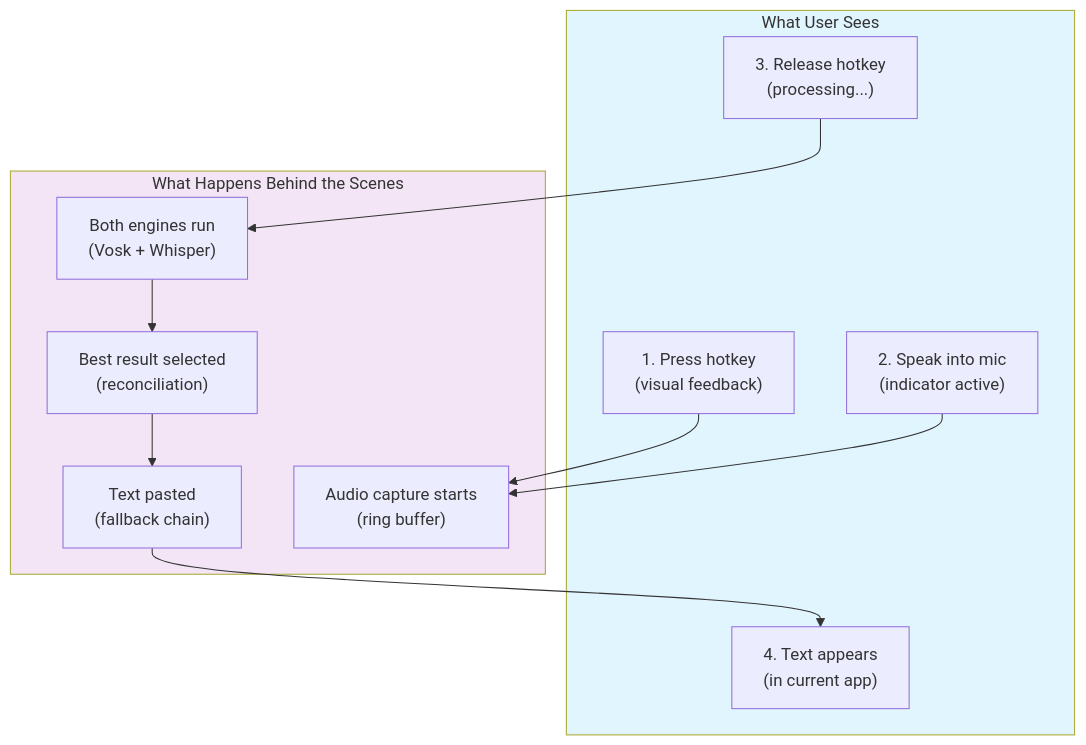
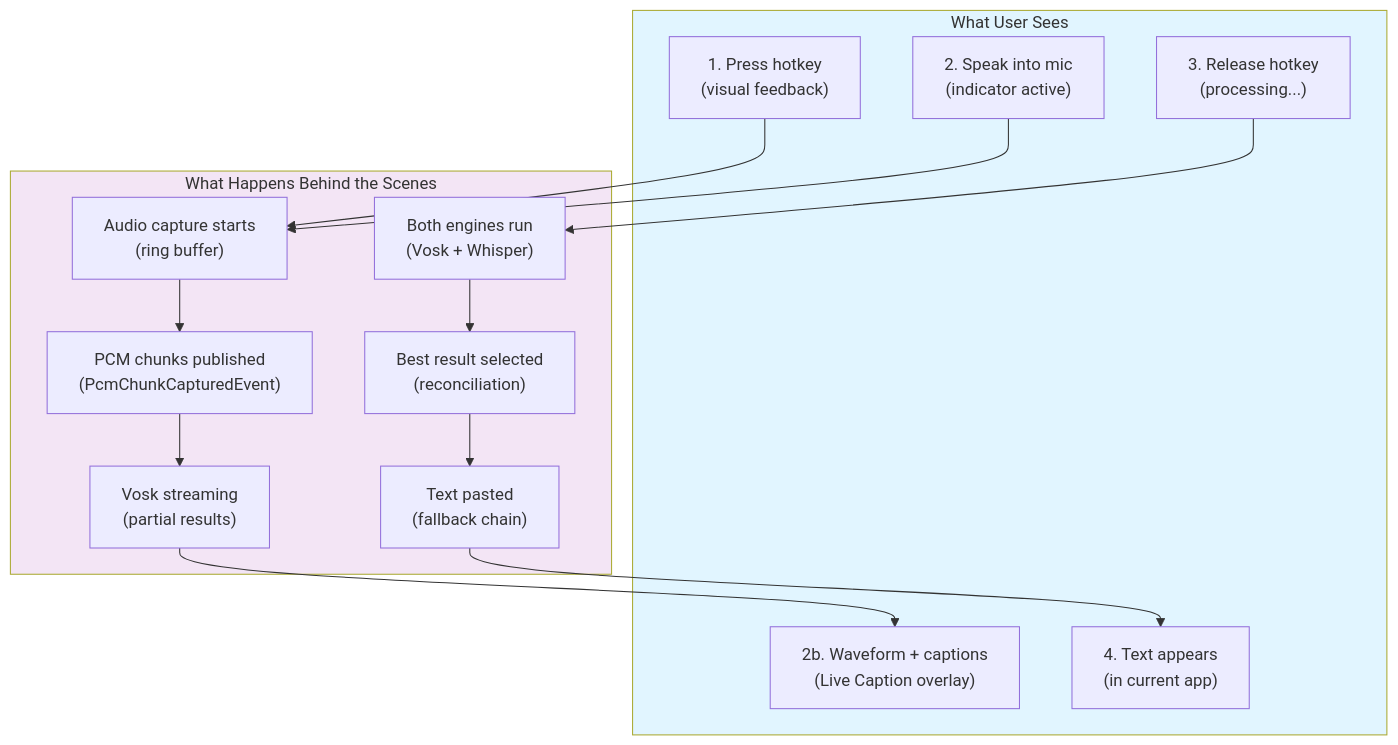
One commit to phillippitts/speakToMack changed diagram 11 of 14 in docs/diagrams/user-journey.md. Above: the diagram before and after it, drawn with Mermaid. The commit also changed other lines of this file and 53 other files, not shown here.

````diff
--- a/docs/diagrams/user-journey.md
+++ b/docs/diagrams/user-journey.md
@@ -272,26 +305,32 @@
 ```mermaid
 graph TB
     subgraph UserView["What User Sees"]
         Press["1. Press hotkey<br/>(visual feedback)"]
         Speak["2. Speak into mic<br/>(indicator active)"]
+        LiveFB["2b. Waveform + captions<br/>(Live Caption overlay)"]
         Release["3. Release hotkey<br/>(processing...)"]
         Text["4. Text appears<br/>(in current app)"]
     end
 
     subgraph Behind["What Happens Behind the Scenes"]
         Audio["Audio capture starts<br/>(ring buffer)"]
+        Stream["PCM chunks published<br/>(PcmChunkCapturedEvent)"]
+        VoskStream["Vosk streaming<br/>(partial results)"]
         Process["Both engines run<br/>(Vosk + Whisper)"]
         Choose["Best result selected<br/>(reconciliation)"]
         Paste["Text pasted<br/>(fallback chain)"]
     end
 
     Press --> Audio
     Speak --> Audio
+    Audio --> Stream
+    Stream --> VoskStream
+    VoskStream --> LiveFB
     Release --> Process
     Process --> Choose
     Choose --> Paste
     Paste --> Text
 
     style UserView fill:#e1f5ff
     style Behind fill:#f3e5f5
 ```
````
